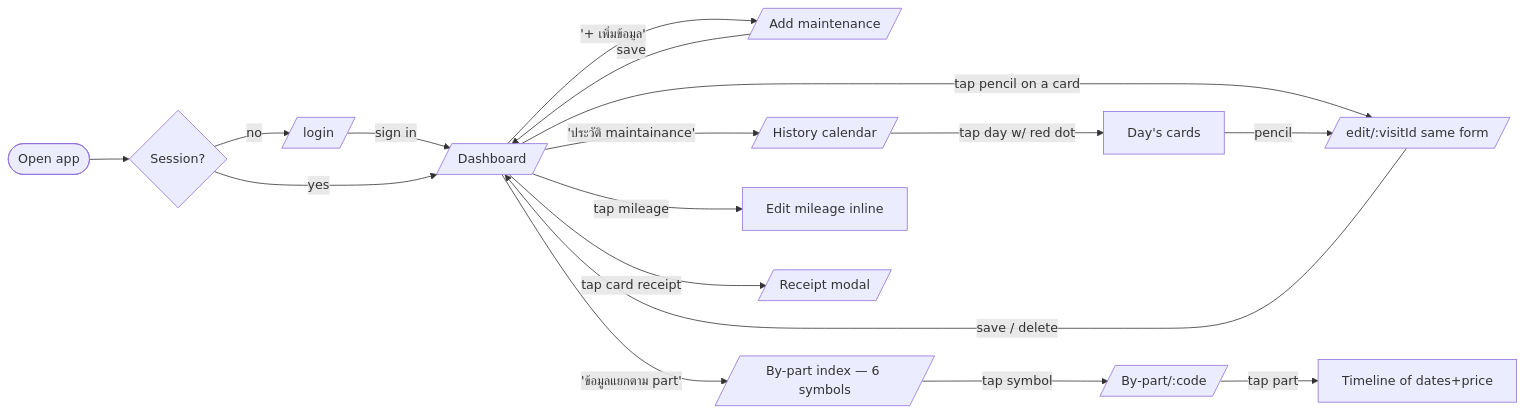
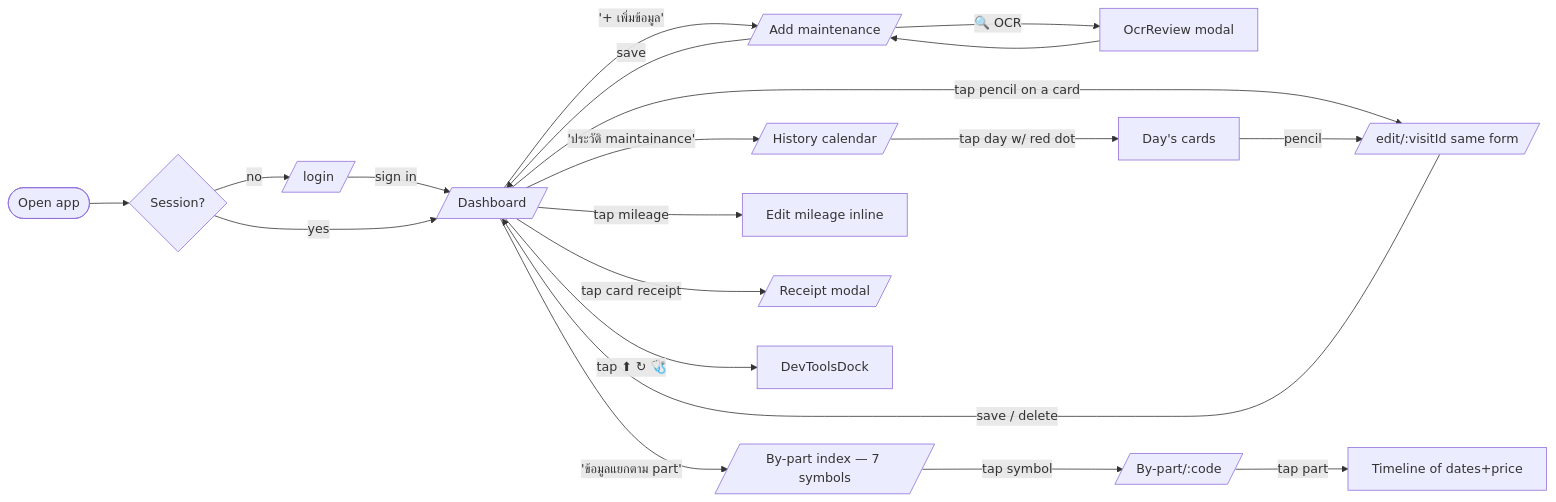
Before and after one commit to DoctorKS/Car_maintainace: the fifth of 6 diagrams in README.md, drawn with Mermaid. The commit also changed other lines of this file and 1 other file, not shown here.

First line of the commit message:
docs: catch up README + CLAUDE on server-direct + dock + OCR

````diff
--- a/README.md
+++ b/README.md
@@ -281,20 +310,22 @@
 ```mermaid
 flowchart LR
     A([Open app]) --> B{Session?}
     B -- no --> L[/login/]
     L -->|sign in| D
     B -- yes --> D[/Dashboard/]
 
     D -->|'+ เพิ่มข้อมูล'| ADD[/Add maintenance/]
     D -->|'ประวัติ maintainance'| H[/History calendar/]
-    D -->|'ข้อมูลแยกตาม part'| BPI[/By-part index — 6 symbols/]
+    D -->|'ข้อมูลแยกตาม part'| BPI[/By-part index — 7 symbols/]
     D -->|tap pencil on a card| EDIT[/edit/:visitId same form/]
     D -->|tap mileage| MI[Edit mileage inline]
-    D -->|tap card receipt| R[/Receipt modal/]
+    D -->|tap card receipt| RM[/Receipt modal/]
+    D -->|tap ⬆ ↻ 🩺| DT[DevToolsDock]
 
+    ADD -->|🔍 OCR| OCR[OcrReview modal] --> ADD
     ADD -->|save| D
     EDIT -->|save / delete| D
     H -->|tap day w/ red dot| HC[Day's cards] -->|pencil| EDIT
     BPI -->|tap symbol| BP[/By-part/:code/]
     BP -->|tap part| TL[Timeline of dates+price]
 ```
````
